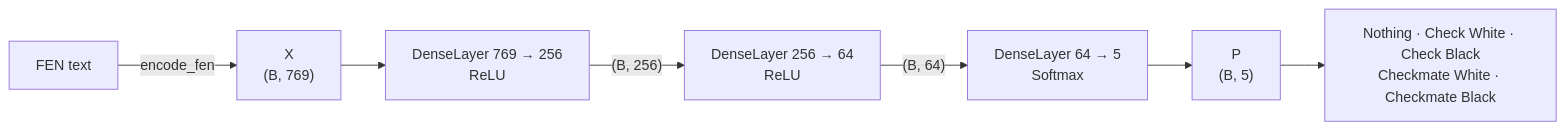
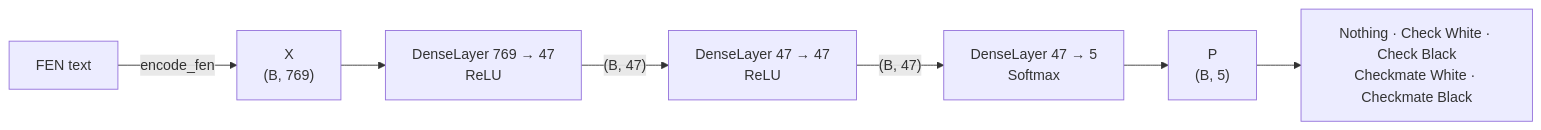
The first of 4 diagrams in docs/my_torch.md (Eukyrios/my_torch), drawn with Mermaid before and after one commit. The commit also changed other lines of this file and 1 other file, not shown here.

Commit message:
docs: justify the architecture and hyperparameters in the README and show the real 769-47-47-5 network

````diff
--- a/docs/my_torch.md
+++ b/docs/my_torch.md
@@ -52,9 +52,9 @@
 ```mermaid
 flowchart LR
     FEN["FEN text"] -->|encode_fen| X["X<br/>(B, 769)"]
-    X --> L1["DenseLayer 769 → 256<br/>ReLU"]
-    L1 -->|"(B, 256)"| L2["DenseLayer 256 → 64<br/>ReLU"]
-    L2 -->|"(B, 64)"| L3["DenseLayer 64 → 5<br/>Softmax"]
+    X --> L1["DenseLayer 769 → 47<br/>ReLU"]
+    L1 -->|"(B, 47)"| L2["DenseLayer 47 → 47<br/>ReLU"]
+    L2 -->|"(B, 47)"| L3["DenseLayer 47 → 5<br/>Softmax"]
     L3 --> P["P<br/>(B, 5)"]
     P --> C["Nothing · Check White · Check Black<br/>Checkmate White · Checkmate Black"]
 ```
````
